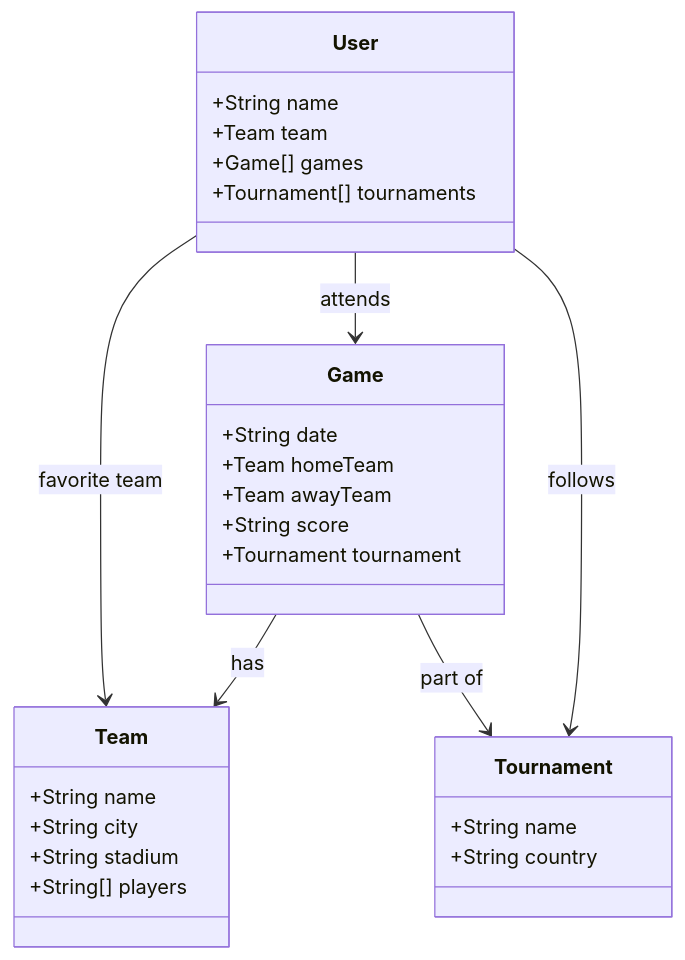
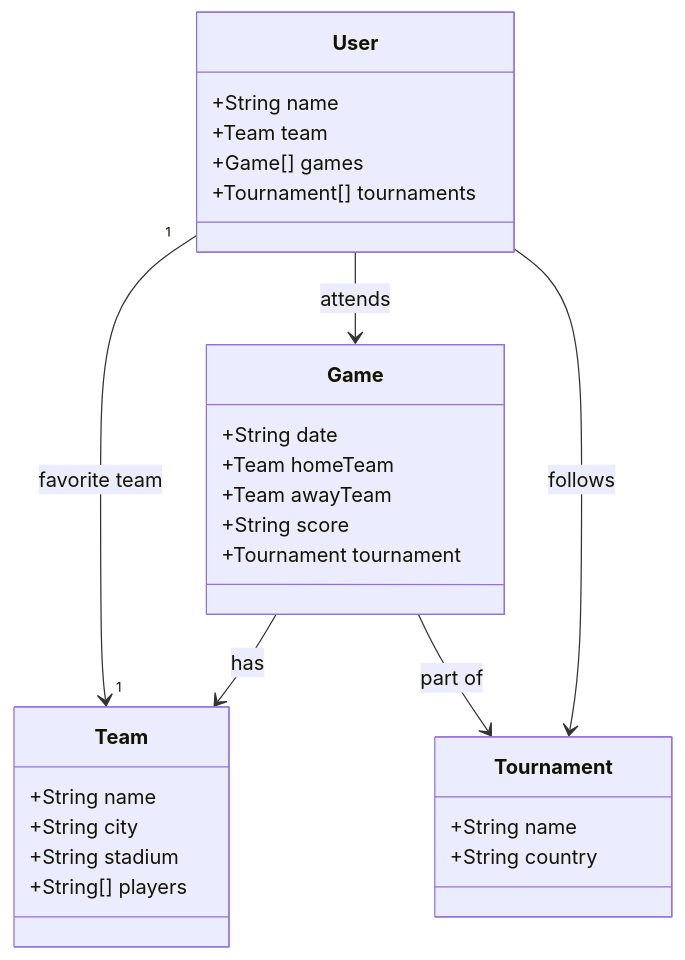
One commit to PedroFonseca447/Desafio-claro-SpringBoot-2024 changed the diagram in README.md. Above: the diagram before and after it, drawn with Mermaid.

````diff
--- a/README.md
+++ b/README.md
@@ -4,36 +4,36 @@
 ```mermaid
 classDiagram
     class User {
         +String name
         +Team team
         +Game[] games
         +Tournament[] tournaments
     }
 
     class Team {
         +String name
         +String city
         +String stadium
         +String[] players
     }
 
     class Game {
         +String date
         +Team homeTeam
         +Team awayTeam
         +String score
         +Tournament tournament
     }
 
     class Tournament {
         +String name
         +String country
     }
 
    
-    User --> Team : favorite team
+    User "1" --> "1" Team : favorite team
     User --> Game : attends
     User --> Tournament : follows
     Game --> Team : has
     Game --> Tournament : part of
 ```
````
